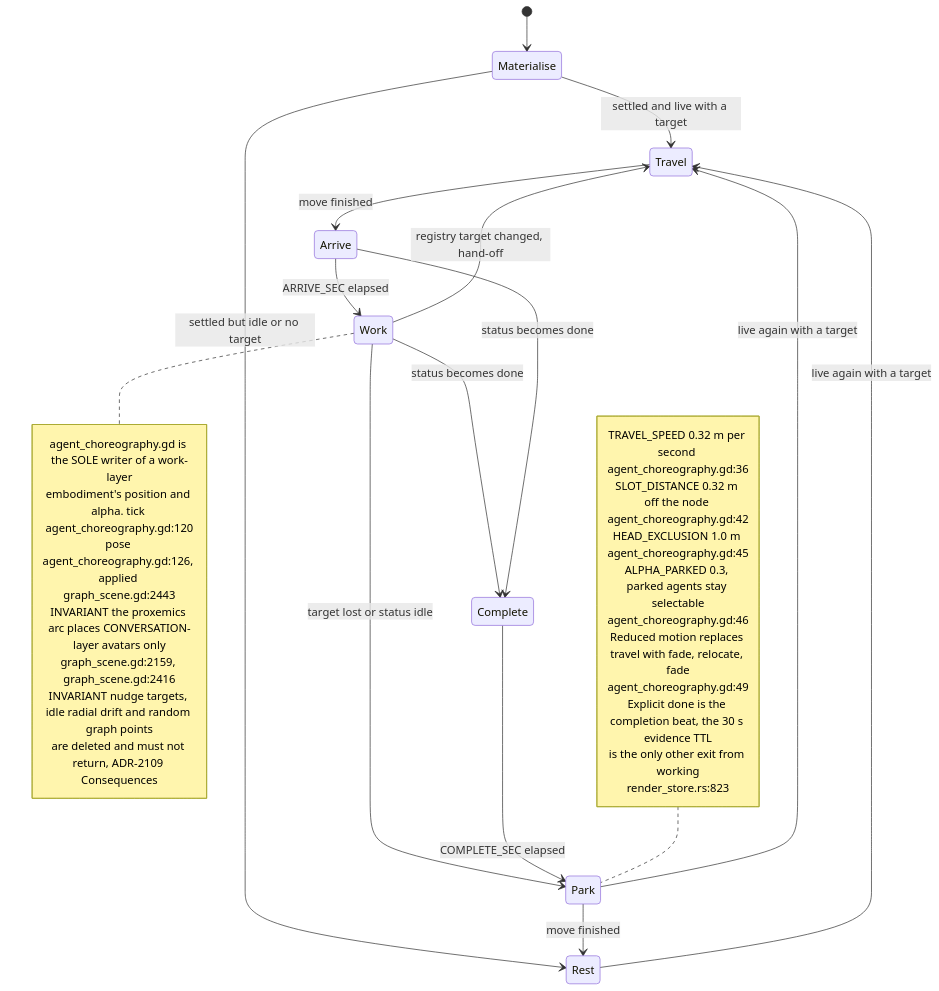
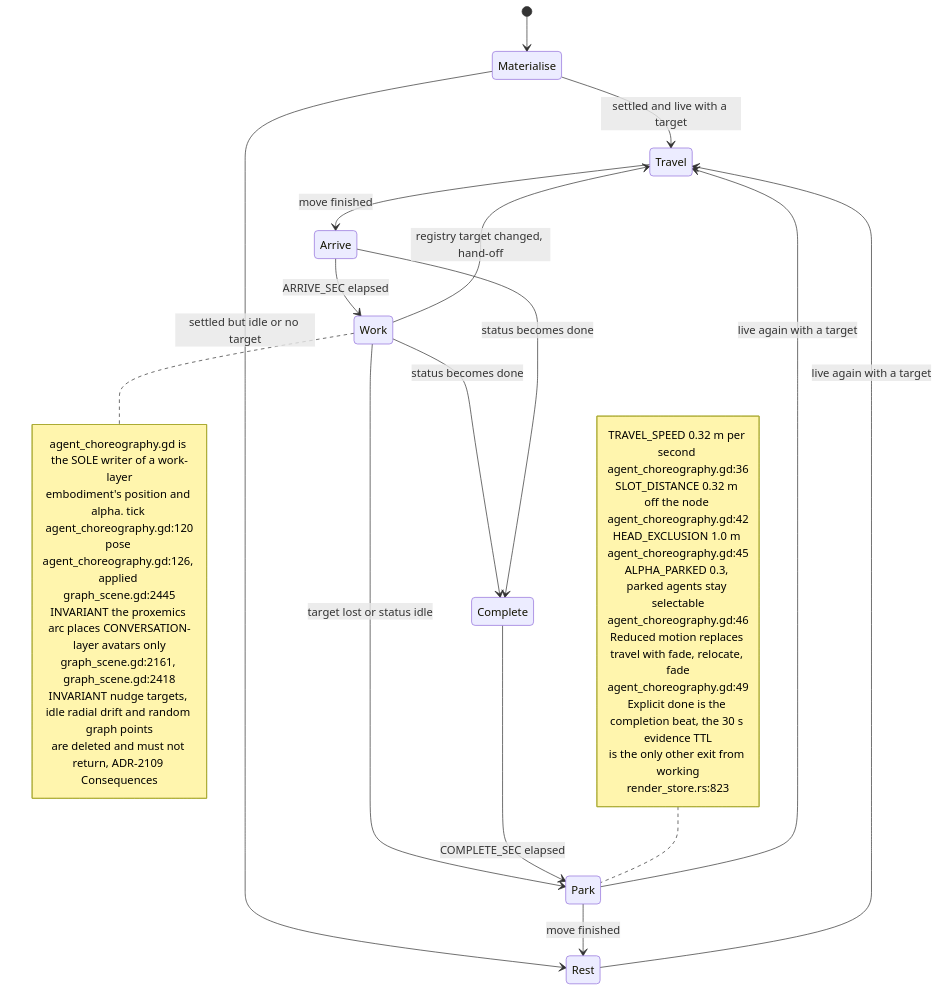
Diagram 21 of 23 in docs/diagrams/visionclaw/36-godot-xr-client.md (DreamLab-AI/VisionFlow), drawn with Mermaid before and after one commit. The commit also changed other lines of this file and 111 other files, not shown here.

Commit message:
docs(diagrams): align estate maps with current source

````diff
--- a/docs/diagrams/visionclaw/36-godot-xr-client.md
+++ b/docs/diagrams/visionclaw/36-godot-xr-client.md
@@ -928,37 +928,37 @@
 ```mermaid
 stateDiagram-v2
     [*] --> Materialise
     Materialise --> Travel: settled and live with a target
     Materialise --> Rest: settled but idle or no target
     Travel --> Arrive: move finished
     Arrive --> Work: ARRIVE_SEC elapsed
     Work --> Travel: registry target changed, hand-off
     Work --> Complete: status becomes done
     Work --> Park: target lost or status idle
     Arrive --> Complete: status becomes done
     Complete --> Park: COMPLETE_SEC elapsed
     Park --> Travel: live again with a target
     Park --> Rest: move finished
     Rest --> Travel: live again with a target
     note right of Work
         agent_choreography.gd is the SOLE writer of a work-layer
         embodiment's position and alpha. tick agent_choreography.gd:120
-        pose agent_choreography.gd:126, applied graph_scene.gd:2443
+        pose agent_choreography.gd:126, applied graph_scene.gd:2445
         INVARIANT the proxemics arc places CONVERSATION-layer avatars only
-        graph_scene.gd:2159, graph_scene.gd:2416
+        graph_scene.gd:2161, graph_scene.gd:2418
         INVARIANT nudge targets, idle radial drift and random graph points
         are deleted and must not return, ADR-2109 Consequences
     end note
     note left of Park
         TRAVEL_SPEED 0.32 m per second agent_choreography.gd:36
         SLOT_DISTANCE 0.32 m off the node agent_choreography.gd:42
         HEAD_EXCLUSION 1.0 m agent_choreography.gd:45
         ALPHA_PARKED 0.3, parked agents stay selectable
         agent_choreography.gd:46
         Reduced motion replaces travel with fade, relocate, fade
         agent_choreography.gd:49
         Explicit done is the completion beat, the 30 s evidence TTL
         is the only other exit from working
         render_store.rs:823
     end note
 ```
````
